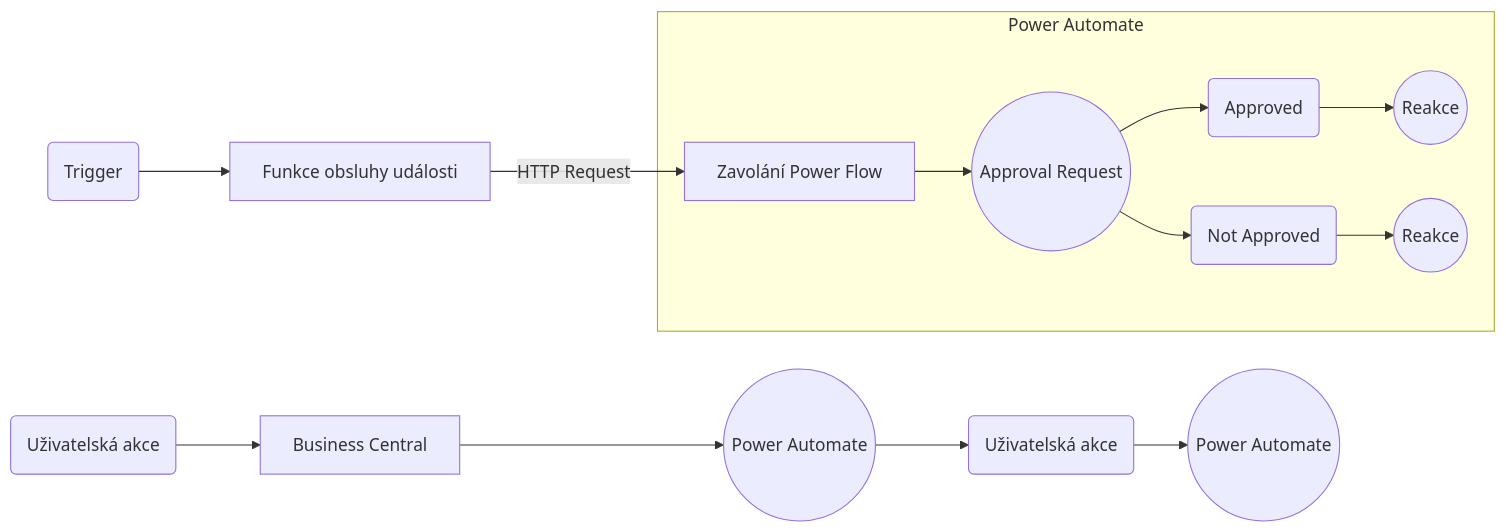
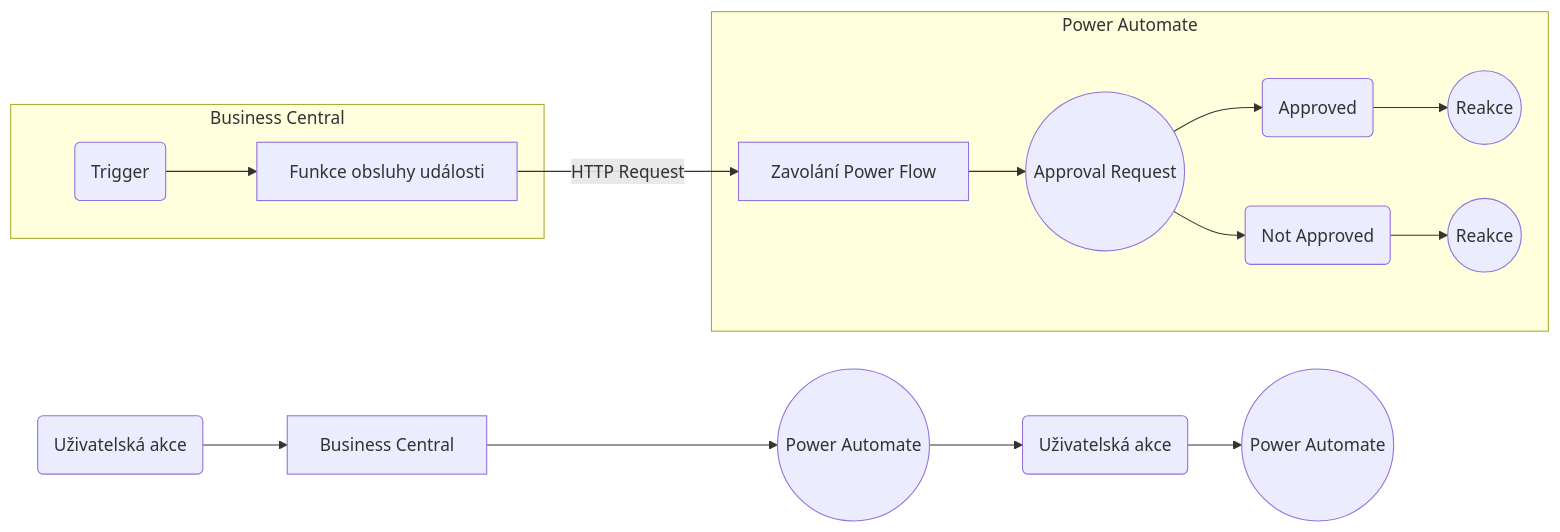
Before and after one commit to Pklimki/NVR: the diagram in Approvals/Jak to funguje.md, drawn with Mermaid.

Commit message:
Update Jak to funguje.md

````diff
--- a/Approvals/Jak to funguje.md
+++ b/Approvals/Jak to funguje.md
@@ -1,14 +1,17 @@
 ```mermaid
 graph LR
 
 
 subgraph ide1 [Power Automate]
 C[Zavolání Power Flow]  --> D((Approval Request))
 D --> E(Approved) --> G((Reakce))
 D --> F(Not Approved) --> H((Reakce))
 end
 
-A(Trigger) --> B[Funkce obsluhy události] -- HTTP Request --> C
+subgraph ide2 [Business Central]
+A(Trigger) --> B[Funkce obsluhy události]
+end
+B -- HTTP Request --> C
 
 I(Uživatelská akce) --> J[Business Central] --> K((Power Automate)) --> L(Uživatelská akce) --> M((Power Automate))
 ```
````
